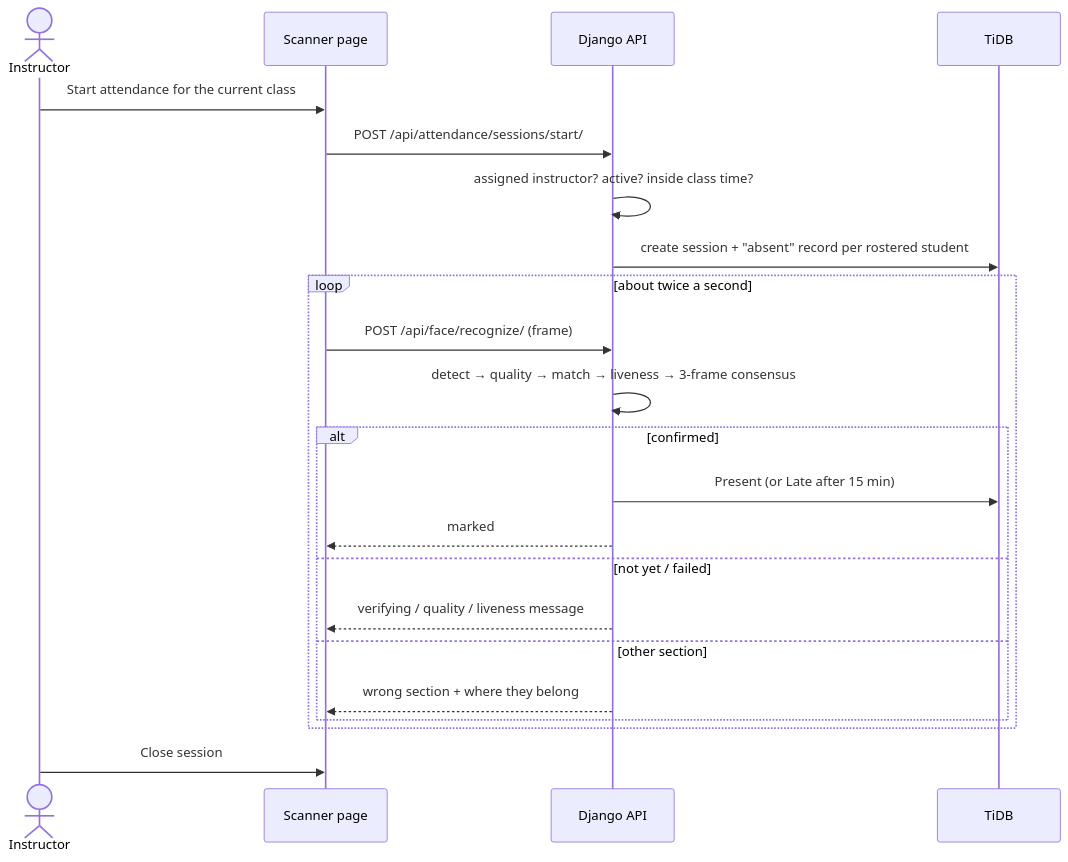
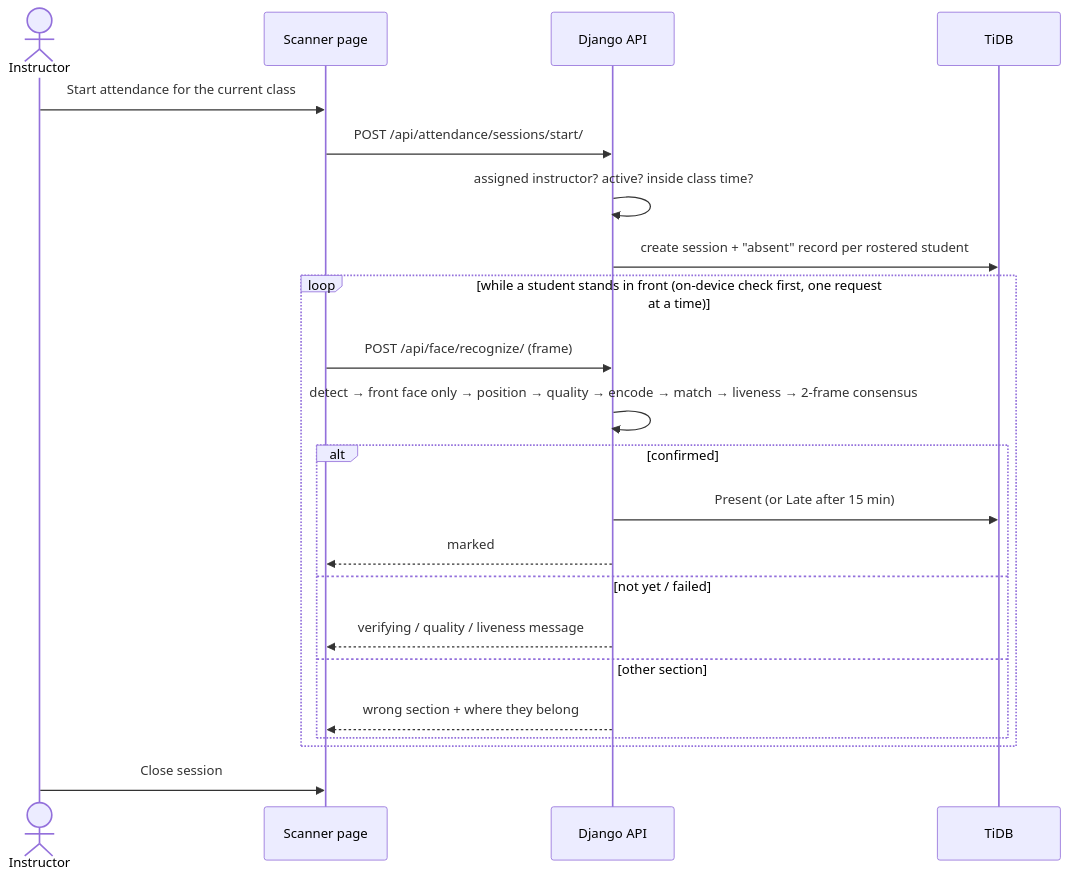
The seventh of 9 diagrams in DOCUMENTATION.md (tanmartinito-cmd/Attendance-Face-Recognition), drawn with Mermaid before and after one commit. The commit also changed other lines of this file and 48 other files, not shown here.

````diff
--- a/DOCUMENTATION.md
+++ b/DOCUMENTATION.md
@@ -583,25 +627,25 @@
 ```mermaid
 sequenceDiagram
     actor I as Instructor
     participant SPA as Scanner page
     participant API as Django API
     participant DB as TiDB
 
     I->>SPA: Start attendance for the current class
     SPA->>API: POST /api/attendance/sessions/start/
     API->>API: assigned instructor? active? inside class time?
     API->>DB: create session + "absent" record per rostered student
-    loop about twice a second
+    loop while a student stands in front (on-device check first, one request at a time)
         SPA->>API: POST /api/face/recognize/ (frame)
-        API->>API: detect → quality → match → liveness → 3-frame consensus
+        API->>API: detect → front face only → position → quality → encode → match → liveness → 2-frame consensus
         alt confirmed
             API->>DB: Present (or Late after 15 min)
             API-->>SPA: marked
         else not yet / failed
             API-->>SPA: verifying / quality / liveness message
         else other section
             API-->>SPA: wrong section + where they belong
         end
     end
     I->>SPA: Close session
 ```
````
